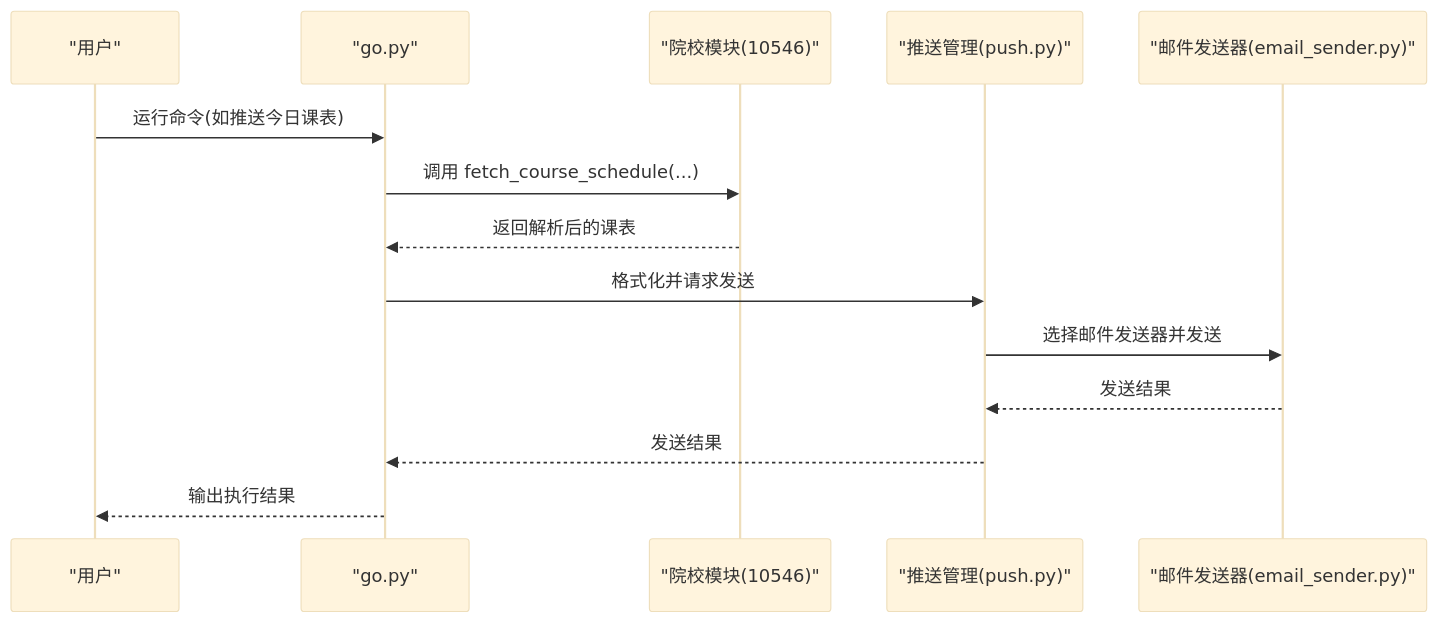
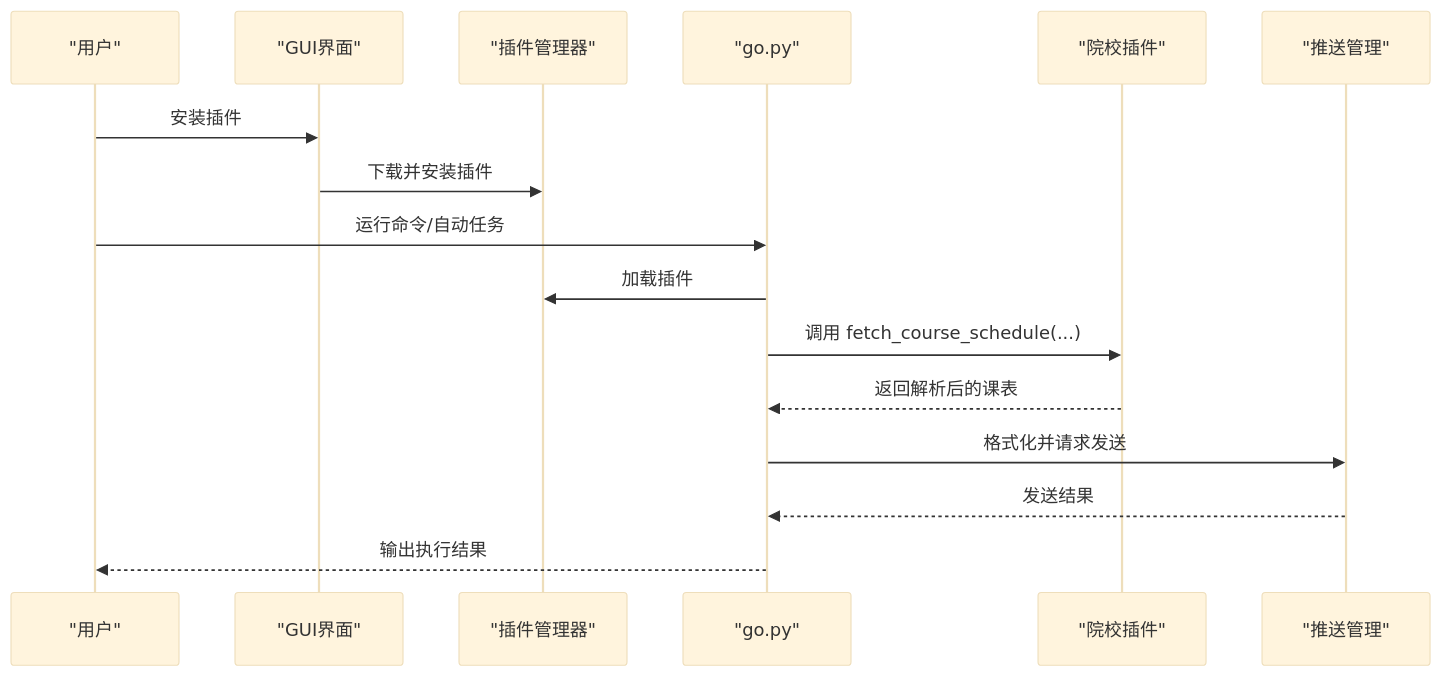
Before and after one commit to pjnt9372/Capture_Push: the second of 3 diagrams in .wiki/zh/content/快速开始.md, drawn with Mermaid (base theme). The commit also changed other lines of this file and 37 other files, not shown here.

````diff
--- a/.wiki/zh/content/快速开始.md
+++ b/.wiki/zh/content/快速开始.md
@@ -88,16 +79,18 @@
 ```mermaid
 sequenceDiagram
 participant U as "用户"
+participant GUI as "GUI界面"
+participant PM as "插件管理器"
 participant G as "go.py"
-participant S as "院校模块(10546)"
-participant P as "推送管理(push.py)"
-participant E as "邮件发送器(email_sender.py)"
-U->>G : 运行命令(如推送今日课表)
+participant S as "院校插件"
+participant P as "推送管理"
+U->>GUI : 安装插件
+GUI->>PM : 下载并安装插件
+U->>G : 运行命令/自动任务
+G->>PM : 加载插件
 G->>S : 调用 fetch_course_schedule(...)
 S-->>G : 返回解析后的课表
 G->>P : 格式化并请求发送
-P->>E : 选择邮件发送器并发送
-E-->>P : 发送结果
 P-->>G : 发送结果
 G-->>U : 输出执行结果
 ```
````
